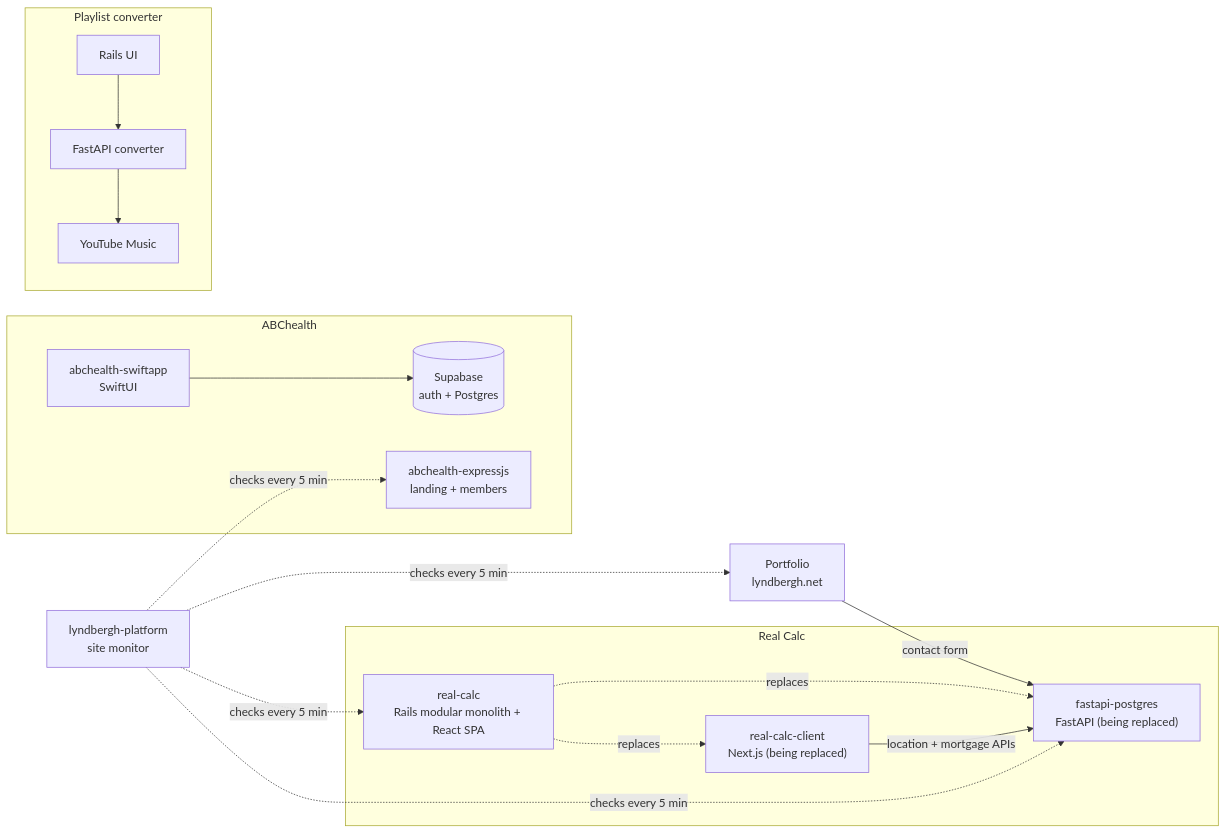
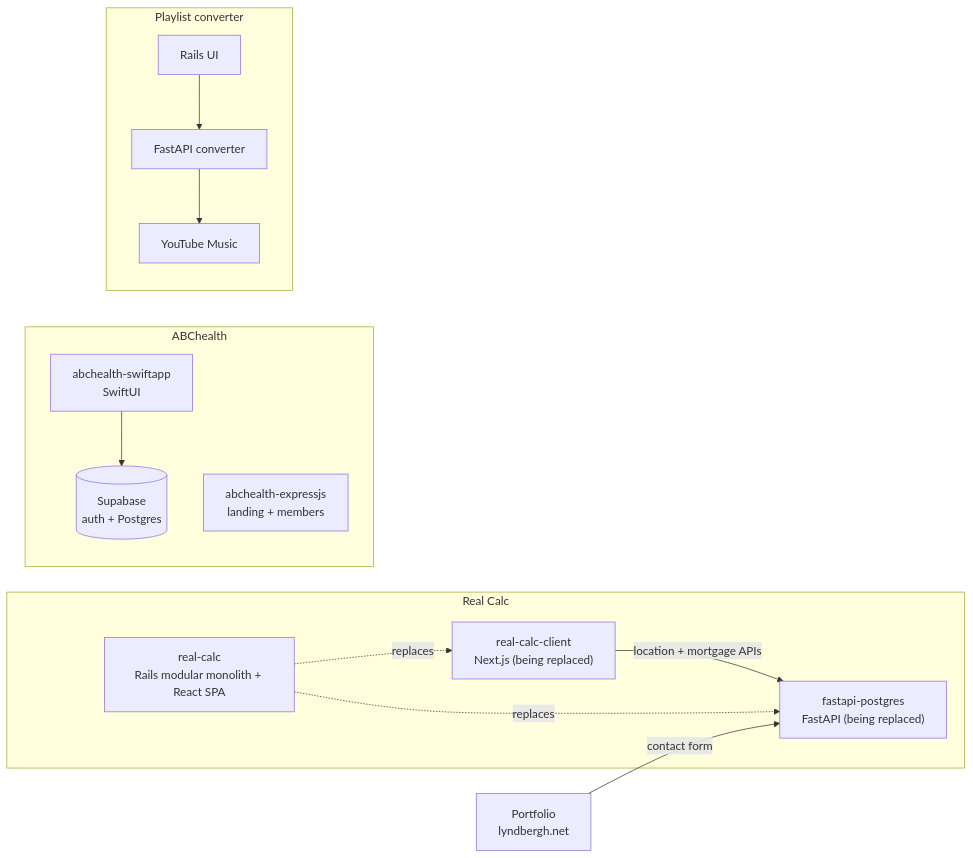
Before and after one commit to Lsimelus/lyndbergh-platform: the first of 2 diagrams in README.md, drawn with Mermaid.

Commit message:
docs: drop the monitor from the project map

````diff
--- a/README.md
+++ b/README.md
@@ -27,20 +27,19 @@
 ```mermaid
 flowchart LR
   subgraph realcalc["Real Calc"]
     rc["real-calc<br/>Rails modular monolith + React SPA"]
     rcc["real-calc-client<br/>Next.js (being replaced)"]
     fp["fastapi-postgres<br/>FastAPI (being replaced)"]
     rcc -->|location + mortgage APIs| fp
     rc -.->|replaces| fp
     rc -.->|replaces| rcc
   end
   subgraph abc["ABChealth"]
     ios["abchealth-swiftapp<br/>SwiftUI"] --> supa[("Supabase<br/>auth + Postgres")]
     web["abchealth-expressjs<br/>landing + members"]
   end
   subgraph pvc["Playlist converter"]
     ui["Rails UI"] --> conv["FastAPI converter"] --> ytm["YouTube Music"]
   end
   pf["Portfolio<br/>lyndbergh.net"] -->|contact form| fp
-  mon["lyndbergh-platform<br/>site monitor"] -.->|checks every 5 min| pf & rc & web & fp
 ```
````
